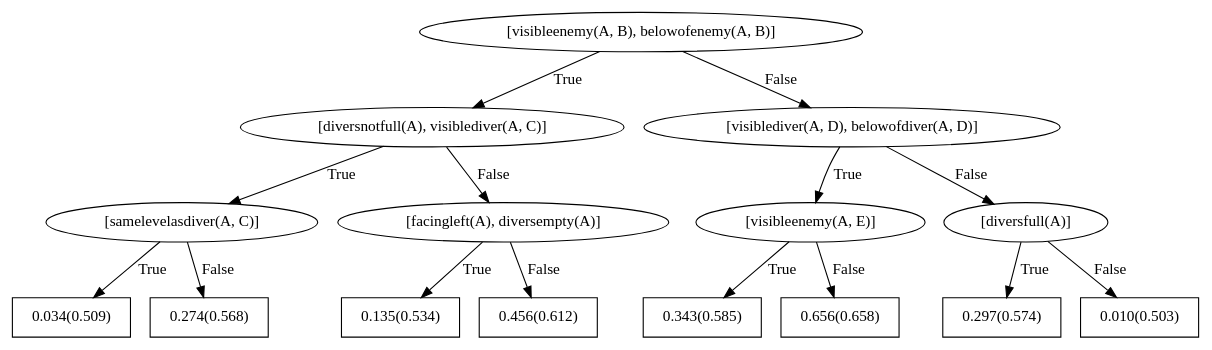
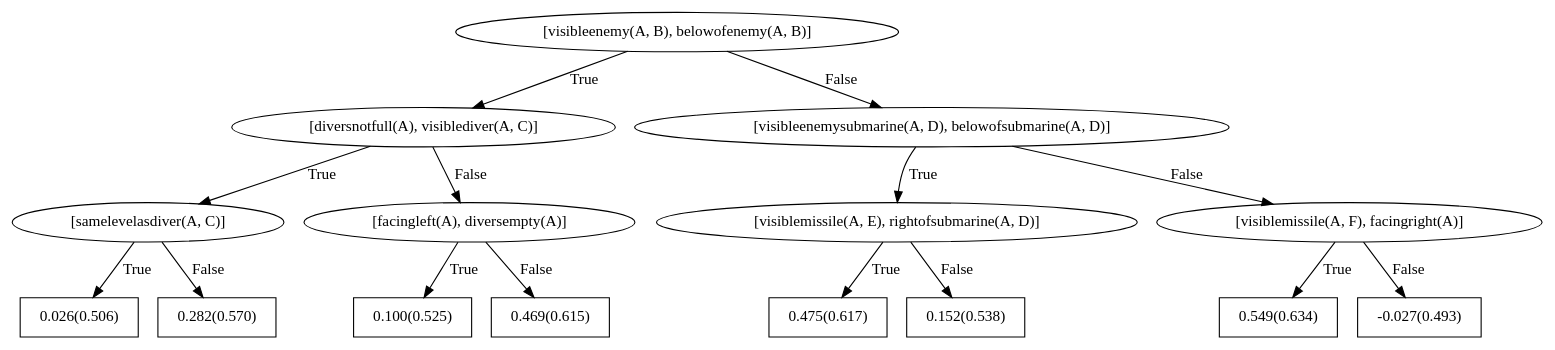
The diagram in rdn_models/seaquest/weighted_1object_negpos_2_trees_1_depth_2/up/bRDNs/dotFiles/WILLTreeFor_up0.dot (nikhileshp/NeSY-Imitation-Learning), drawn with Graphviz before and after one commit. The commit also changed 309 other files, not shown here.

```diff
--- a/rdn_models/seaquest/weighted_1object_negpos_2_trees_1_depth_2/up/bRDNs/dotFiles/WILLTreeFor_up0.dot
+++ b/rdn_models/seaquest/weighted_1object_negpos_2_trees_1_depth_2/up/bRDNs/dotFiles/WILLTreeFor_up0.dot
@@ -1,31 +1,31 @@
 digraph G{ 
 1[label = "[visibleenemy(A, B), belowofenemy(A, B)]"];
 1 -> 2[label="True"];
 1 -> 3[label="False"];
 2[label = "[diversnotfull(A), visiblediver(A, C)]"];
 2 -> 4[label="True"];
 2 -> 5[label="False"];
 4[label = "[samelevelasdiver(A, C)]"];
 4 -> 6[label="True"];
 4 -> 7[label="False"];
-6[shape = box,label = "0.034(0.509)"];
-7[shape = box,label = "0.274(0.568)"];
+6[shape = box,label = "0.026(0.506)"];
+7[shape = box,label = "0.282(0.570)"];
 5[label = "[facingleft(A), diversempty(A)]"];
 5 -> 8[label="True"];
 5 -> 9[label="False"];
-8[shape = box,label = "0.135(0.534)"];
-9[shape = box,label = "0.456(0.612)"];
-3[label = "[visiblediver(A, D), belowofdiver(A, D)]"];
+8[shape = box,label = "0.100(0.525)"];
+9[shape = box,label = "0.469(0.615)"];
+3[label = "[visibleenemysubmarine(A, D), belowofsubmarine(A, D)]"];
 3 -> 10[label="True"];
 3 -> 11[label="False"];
-10[label = "[visibleenemy(A, E)]"];
+10[label = "[visiblemissile(A, E), rightofsubmarine(A, D)]"];
 10 -> 12[label="True"];
 10 -> 13[label="False"];
-12[shape = box,label = "0.343(0.585)"];
-13[shape = box,label = "0.656(0.658)"];
-11[label = "[diversfull(A)]"];
+12[shape = box,label = "0.475(0.617)"];
+13[shape = box,label = "0.152(0.538)"];
+11[label = "[visiblemissile(A, F), facingright(A)]"];
 11 -> 14[label="True"];
 11 -> 15[label="False"];
-14[shape = box,label = "0.297(0.574)"];
-15[shape = box,label = "0.010(0.503)"];
+14[shape = box,label = "0.549(0.634)"];
+15[shape = box,label = "-0.027(0.493)"];
 }
```
